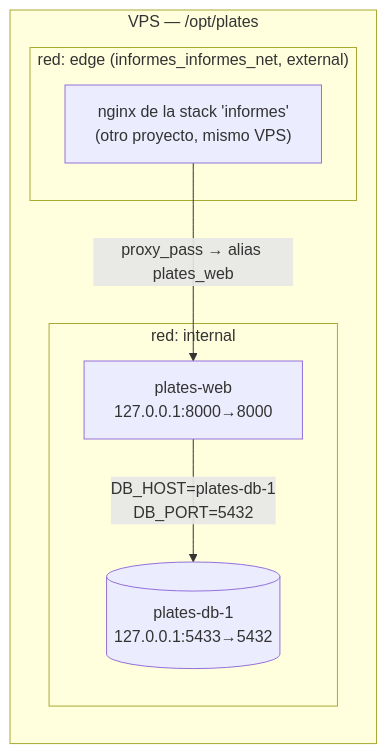
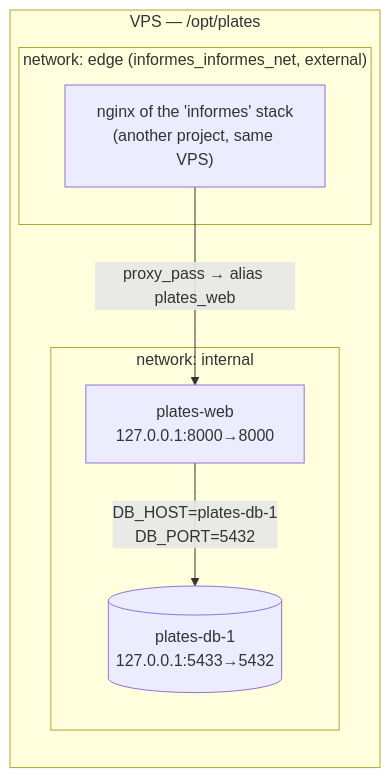
The second of 2 diagrams in docs/ARCHITECTURE.md (nickkmm/plates), drawn with Mermaid before and after one commit. The commit also changed other lines of this file and 18 other files, not shown here.

````diff
--- a/docs/ARCHITECTURE.md
+++ b/docs/ARCHITECTURE.md
@@ -48,15 +48,15 @@
 ```mermaid
 flowchart LR
     subgraph VPS["VPS — /opt/plates"]
-        subgraph internal["red: internal"]
+        subgraph internal["network: internal"]
             WEB["plates-web<br/>127.0.0.1:8000→8000"]
             DB[("plates-db-1<br/>127.0.0.1:5433→5432")]
         end
-        subgraph edge["red: edge (informes_informes_net, external)"]
+        subgraph edge["network: edge (informes_informes_net, external)"]
             WEB
-            NGINX["nginx de la stack 'informes'<br/>(otro proyecto, mismo VPS)"]
+            NGINX["nginx of the 'informes' stack<br/>(another project, same VPS)"]
         end
     end
     WEB -->|"DB_HOST=plates-db-1<br/>DB_PORT=5432"| DB
     NGINX -->|"proxy_pass → alias plates_web"| WEB
 ```
````
